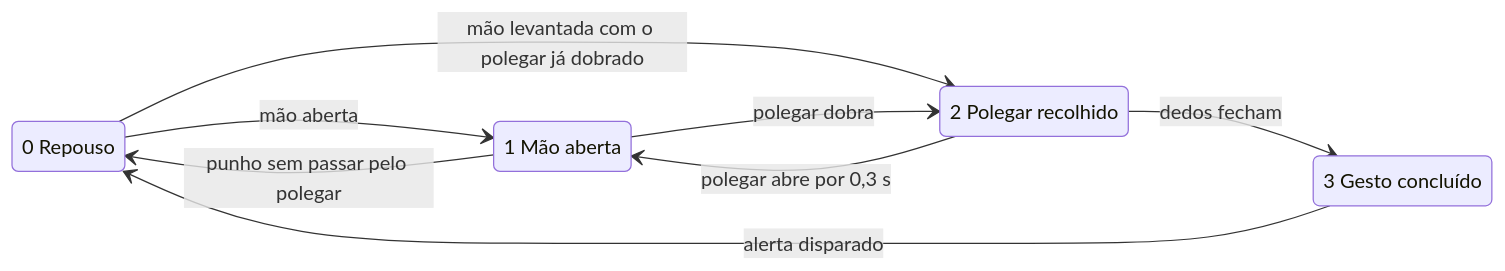
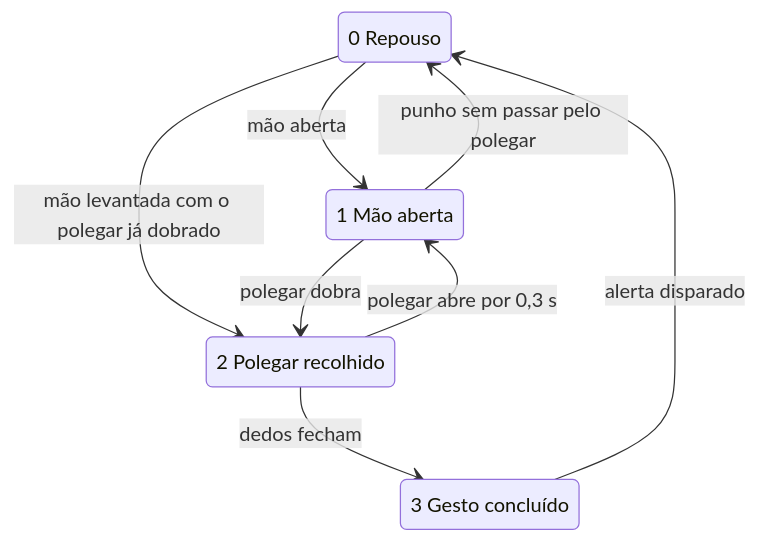
The second of 2 diagrams in README.md (LucasZanotto/identificacao-sinal-de-socorro), drawn with Mermaid before and after one commit. The commit also changed other lines of this file, not shown here.

Commit message:
docs: deixa os diagramas do README legiveis

````diff
--- a/README.md
+++ b/README.md
@@ -137,15 +141,14 @@
 ```mermaid
 stateDiagram-v2
-    direction LR
     state "0 Repouso" as repouso
     state "1 Mão aberta" as aberta
     state "2 Polegar recolhido" as polegar
     state "3 Gesto concluído" as fim
     repouso --> aberta: mão aberta
     repouso --> polegar: mão levantada com o polegar já dobrado
     aberta --> polegar: polegar dobra
     polegar --> aberta: polegar abre por 0,3 s
     polegar --> fim: dedos fecham
     aberta --> repouso: punho sem passar pelo polegar
     fim --> repouso: alerta disparado
 ```
````
